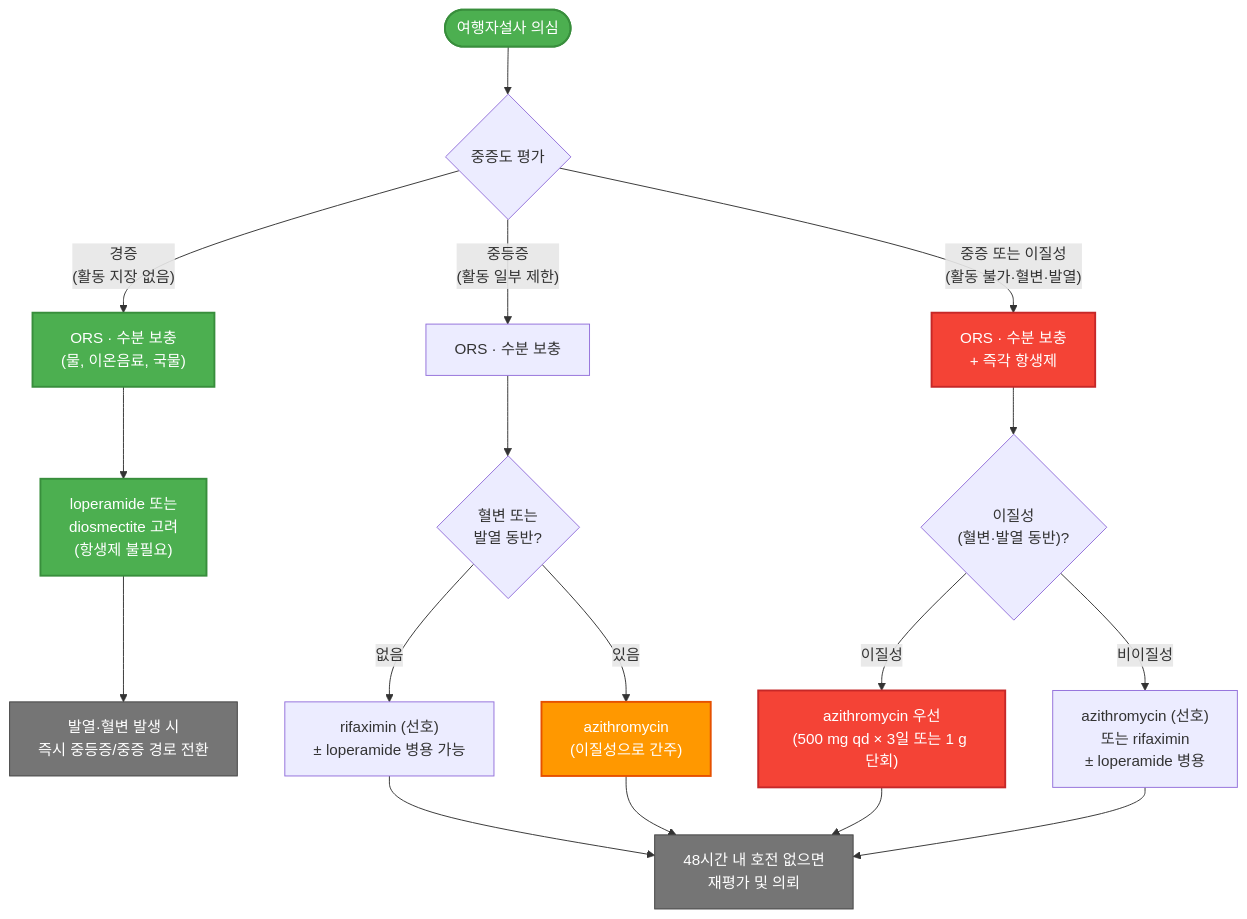
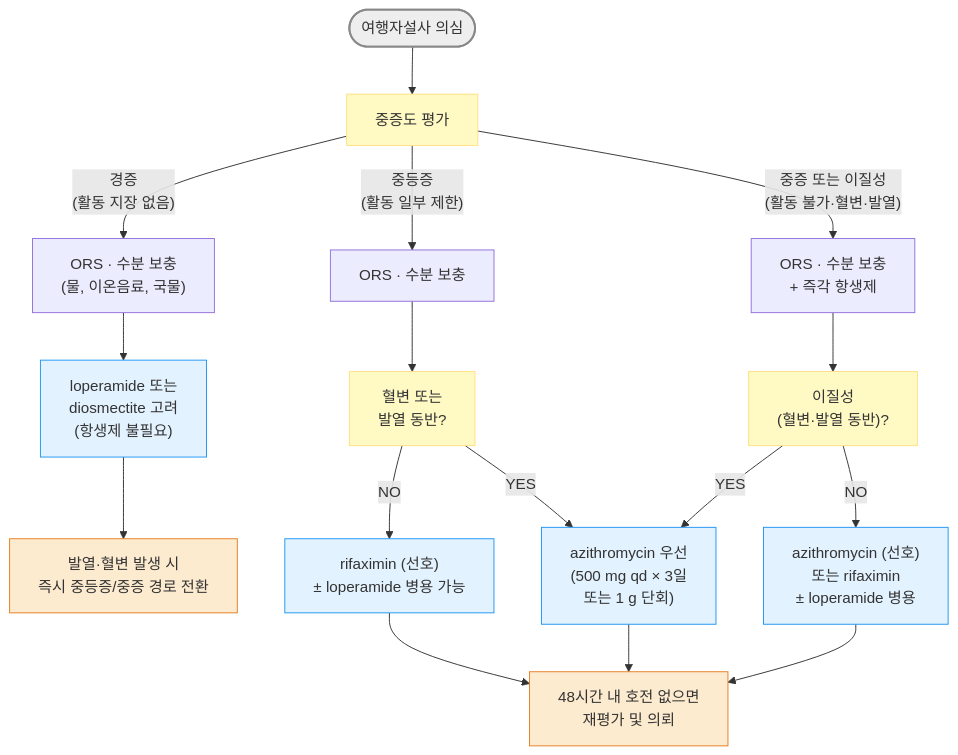
The diagram in 224_/086_-travelers-diarrhea.md (familyoh77/familyoh77), drawn with Mermaid before and after one commit. The commit also changed other lines of this file, not shown here.

````diff
--- a/224_/086_-travelers-diarrhea.md
+++ b/224_/086_-travelers-diarrhea.md
@@ -81,34 +82,26 @@
 ```mermaid
 graph TD
-    A([여행자설사 의심]) --> B{중증도 평가}
-
+    A([여행자설사 의심]) --> B[중증도 평가]
     B --> |"경증<br>(활동 지장 없음)"| C["ORS · 수분 보충<br>(물, 이온음료, 국물)"]
     B --> |"중등증<br>(활동 일부 제한)"| D["ORS · 수분 보충"]
     B --> |"중증 또는 이질성<br>(활동 불가·혈변·발열)"| E["ORS · 수분 보충<br>+ 즉각 항생제"]
-
     C --> C1["loperamide 또는<br>diosmectite 고려<br>(항생제 불필요)"]
     C1 --> G["발열·혈변 발생 시<br>즉시 중등증/중증 경로 전환"]
-
-    D --> D1{"혈변 또는<br>발열 동반?"}
-    D1 -->|없음| D2["rifaximin (선호)<br>± loperamide 병용 가능"]
-    D1 -->|있음| D3["azithromycin<br>(이질성으로 간주)"]
-
-    E --> E1{"이질성<br>(혈변·발열 동반)?"}
-    E1 -->|이질성| E2["azithromycin 우선<br>(500 mg qd × 3일 또는 1 g 단회)"]
-    E1 -->|비이질성| E3["azithromycin (선호)<br>또는 rifaximin<br>± loperamide 병용"]
-
+    D --> D1["혈변 또는<br>발열 동반?"]
+    D1 -->|NO| D2["rifaximin (선호)<br>± loperamide 병용 가능"]
+    D1 -->|YES| D3["azithromycin 우선<br>(500 mg qd × 3일 <br>또는 1 g 단회)"]
+    E --> E1["이질성<br>(혈변·발열 동반)?"]
+    E1 -->|YES| D3
+    E1 -->|NO| E3["azithromycin (선호)<br>또는 rifaximin<br>± loperamide 병용"]
     D2 --> F["48시간 내 호전 없으면<br>재평가 및 의뢰"]
     D3 --> F
-    E2 --> F
     E3 --> F
 
-    classDef green fill:#4CAF50,stroke:#388E3C,color:#fff,stroke-width:2px
-    classDef red fill:#f44336,stroke:#c62828,color:#fff,stroke-width:2px
-    classDef orange fill:#ff9800,stroke:#e65100,color:#fff,stroke-width:2px
-    classDef gray fill:#757575,stroke:#424242,color:#fff,stroke-width:1px
-
-    class A,C,C1 green
-    class E,E2 red
-    class D3 orange
-    class F,G gray
+style A fill:#eeeeee,stroke:#888888,stroke-width:2px
+classDef yellow fill:#fff9c4,stroke:#ffe082
+class B,D1,E1 yellow
+classDef sky fill:#e3f2ff,stroke:#2196f3
+class C1,D2,D3,E3 sky
+classDef orange fill:#fdebd0,stroke:#e67e22
+class G,F orange
 ```
````
